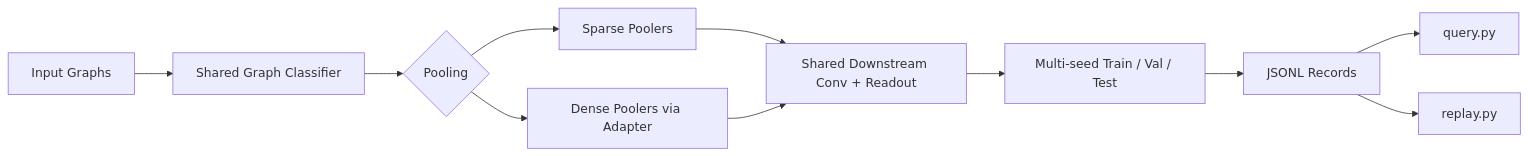
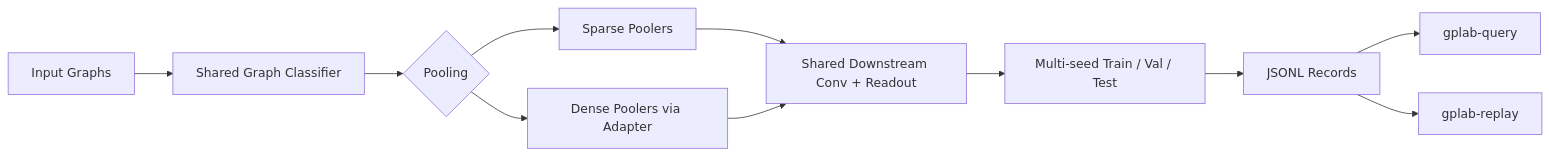
Before and after one commit to ChenYizhu97/GPLab: the diagram in README.md, drawn with Mermaid. The commit also changed other lines of this file and 48 other files, not shown here.

````diff
--- a/README.md
+++ b/README.md
@@ -9,13 +9,13 @@
 ```mermaid
 flowchart LR
     A["Input Graphs"] --> B["Shared Graph Classifier"]
     B --> C{"Pooling"}
     C --> D["Sparse Poolers"]
     C --> E["Dense Poolers via Adapter"]
     D --> F["Shared Downstream Conv + Readout"]
     E --> F
     F --> G["Multi-seed Train / Val / Test"]
     G --> H["JSONL Records"]
-    H --> I["query.py"]
-    H --> J["replay.py"]
+    H --> I["gplab-query"]
+    H --> J["gplab-replay"]
 ```
````
